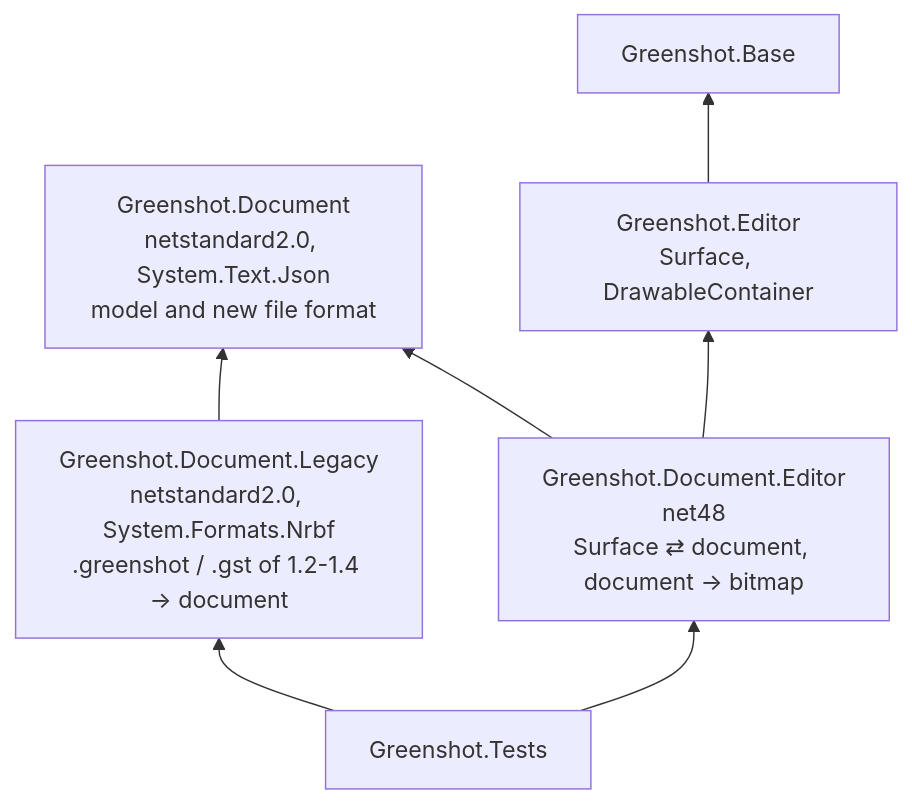
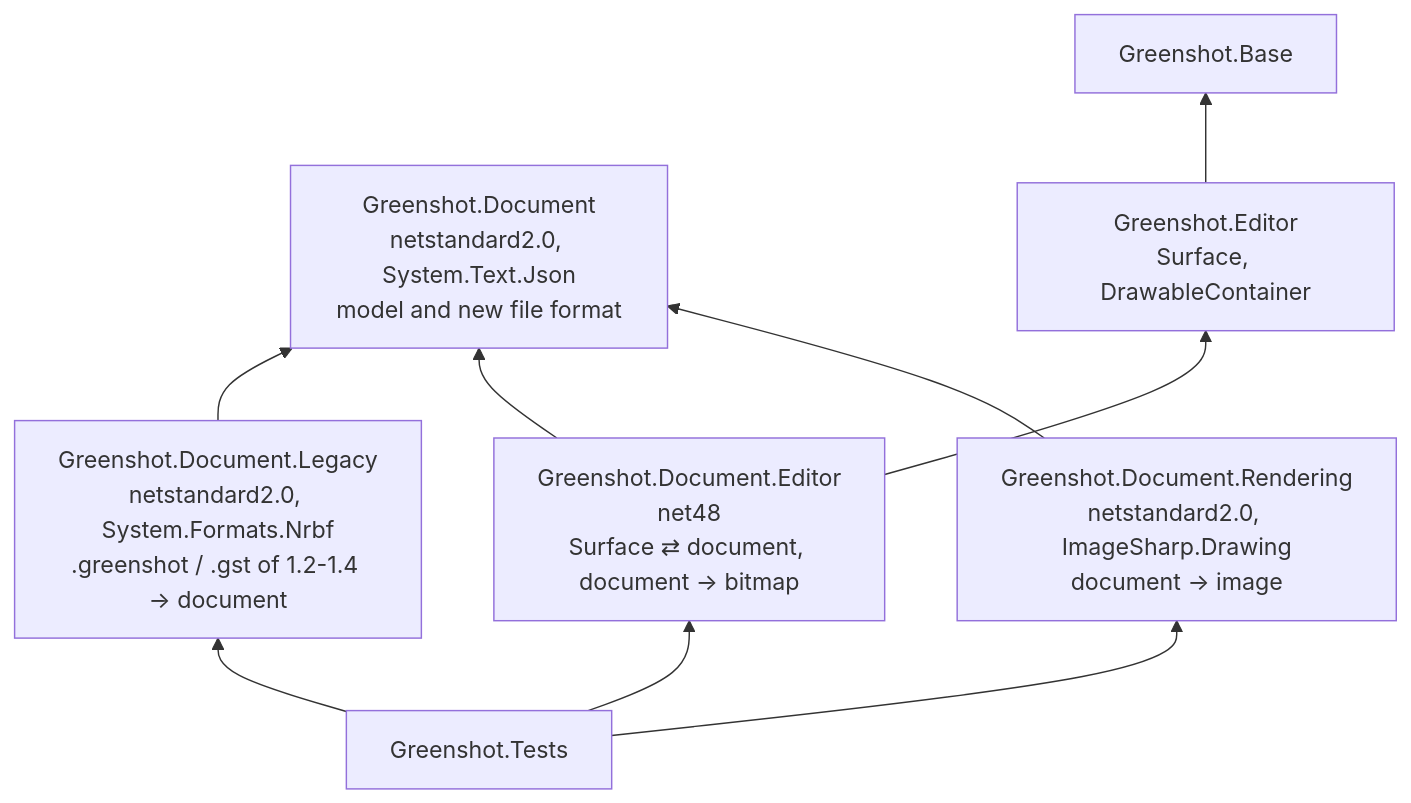
One commit to greenshot/greenshot changed the first of 5 diagrams in docs/document-model.md. Above: the diagram before and after it, drawn with Mermaid. The commit also changed other lines of this file and 9 other files, not shown here.

````diff
--- a/docs/document-model.md
+++ b/docs/document-model.md
@@ -18,16 +18,19 @@
 ```mermaid
 flowchart BT
     Document["Greenshot.Document<br/>netstandard2.0, System.Text.Json<br/>model and new file format"]
     Legacy["Greenshot.Document.Legacy<br/>netstandard2.0, System.Formats.Nrbf<br/>.greenshot / .gst of 1.2-1.4 → document"]
     EditorMap["Greenshot.Document.Editor<br/>net48<br/>Surface ⇄ document, document → bitmap"]
+    Rendering["Greenshot.Document.Rendering<br/>netstandard2.0, ImageSharp.Drawing<br/>document → image"]
     Editor["Greenshot.Editor<br/>Surface, DrawableContainer"]
     Base["Greenshot.Base"]
     Tests["Greenshot.Tests"]
 
     Legacy --> Document
     EditorMap --> Document
     EditorMap --> Editor
+    Rendering --> Document
     Editor --> Base
     Tests --> EditorMap
     Tests --> Legacy
+    Tests --> Rendering
 ```
````
